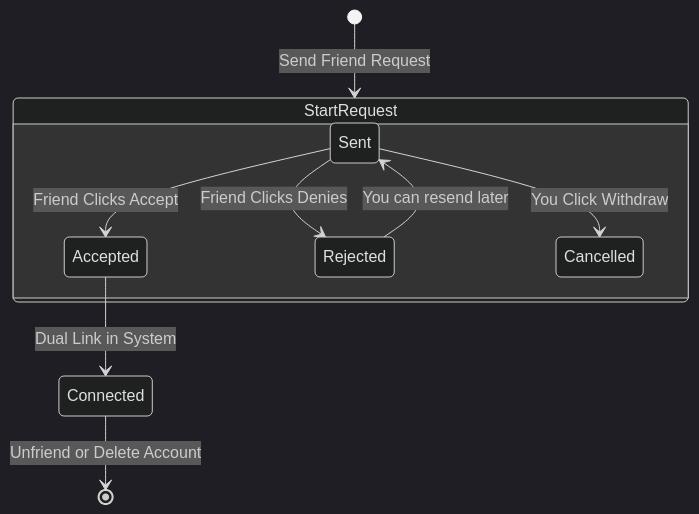
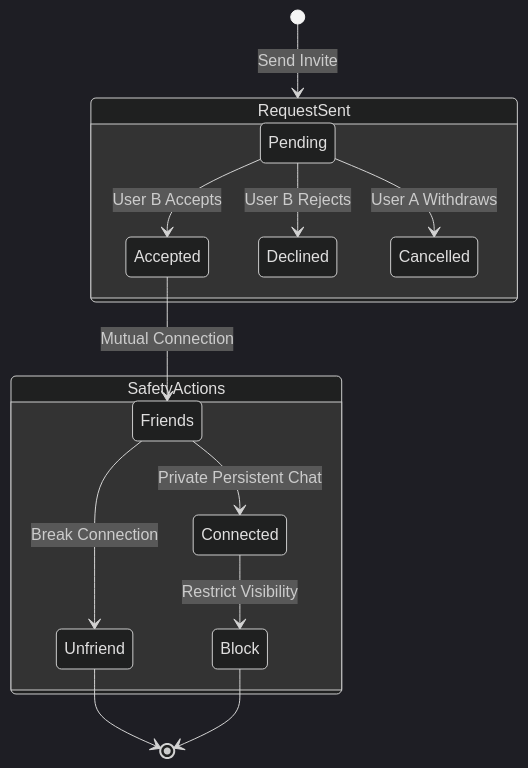
Before and after one commit to Akash-Veerla/Demographic: the sixth of 9 diagrams in docs/DIAGRAMS.md, drawn with Mermaid (dark theme). The commit also changed other lines of this file, not shown here.

Commit message:
docs: Introduce detailed architecture, data structure, and process diagrams for the KON-NECT application.

````diff
--- a/docs/DIAGRAMS.md
+++ b/docs/DIAGRAMS.md
@@ -178,16 +186,23 @@
 ```mermaid
 stateDiagram-v2
-    [*] --> StartRequest : Send Friend Request
+    [*] --> RequestSent : Send Invite
     
-    state StartRequest {
-        direction TB
-        Sent --> Accepted : Friend Clicks Accept
-        Sent --> Rejected : Friend Clicks Denies
-        Sent --> Cancelled : You Click Withdraw
+    state RequestSent {
+        direction LR
+        Pending --> Accepted : User B Accepts
+        Pending --> Declined : User B Rejects
+        Pending --> Cancelled : User A Withdraws
     }
     
-    Accepted --> Connected : Dual Link in System
-    Rejected --> Sent : You can resend later
+    Accepted --> Friends : Mutual Connection
+    Friends --> Connected : Private Persistent Chat
     
-    Connected --> [*] : Unfriend or Delete Account
+    state SafetyActions {
+        direction TB
+        Friends --> Unfriend : Break Connection
+        Connected --> Block : Restrict Visibility
+    }
+    
+    Unfriend --> [*]
+    Block --> [*]
 ```
````
